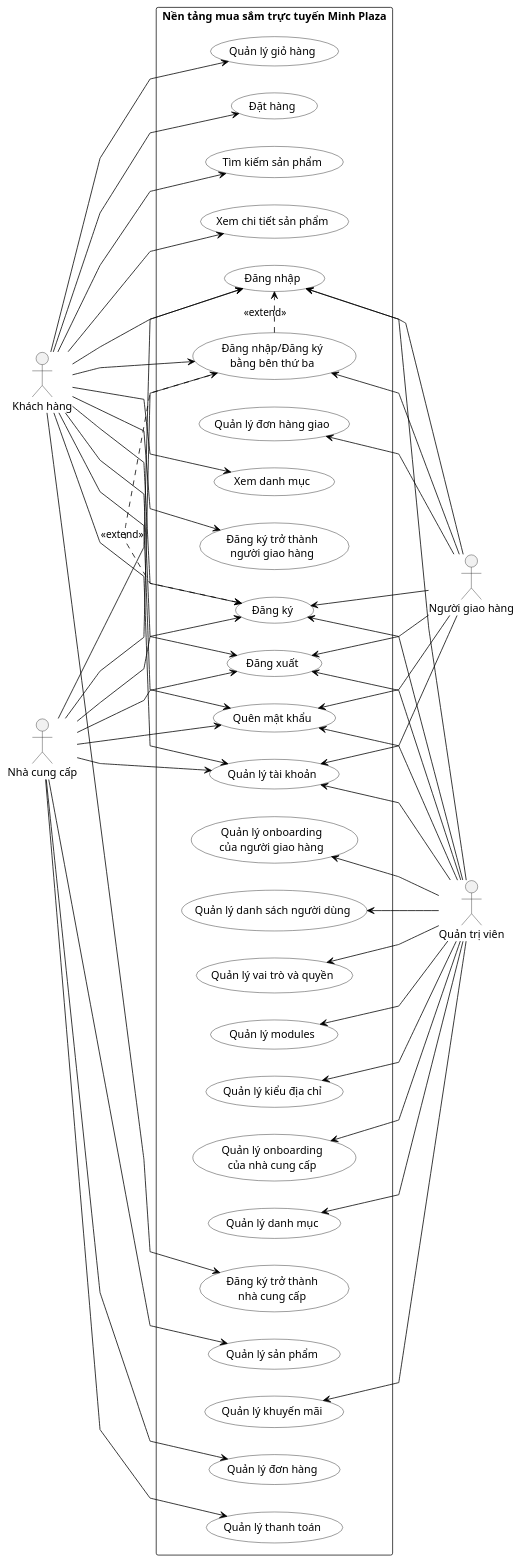
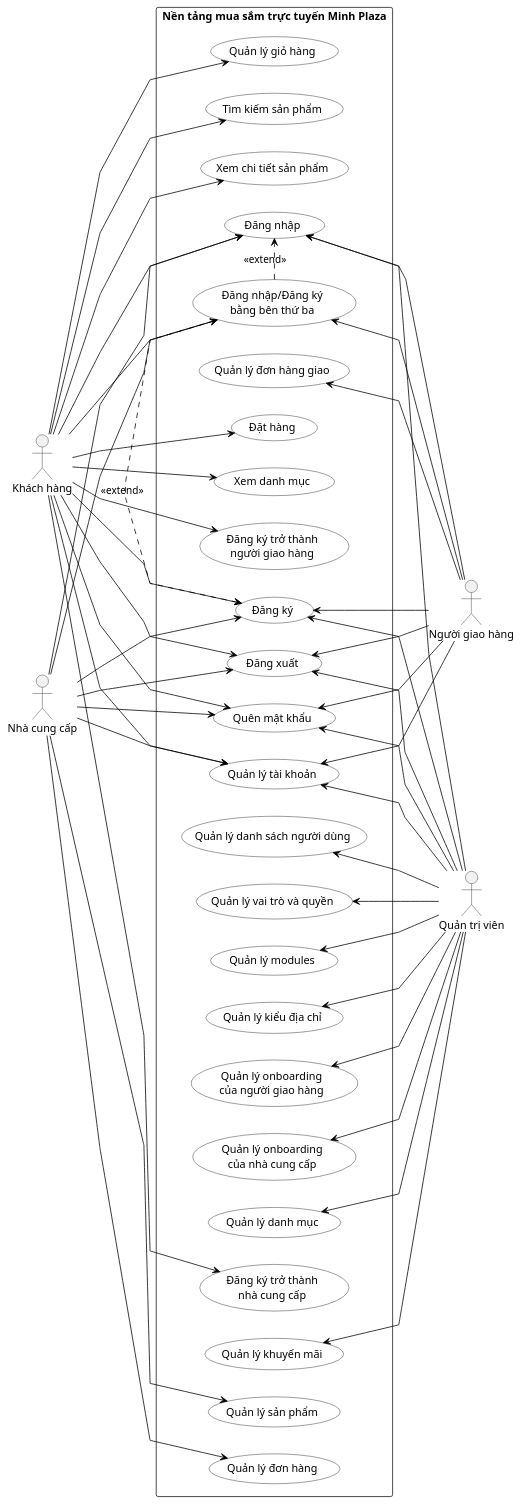
One commit to TienMinh25/ecommerce-platform changed the diagram in docs/use-case-tong-quan.puml. Above: the diagram before and after it, drawn with PlantUML. The commit also changed 28 other files, not shown here.

```diff
--- a/docs/use-case-tong-quan.puml
+++ b/docs/use-case-tong-quan.puml
@@ -1,117 +1,116 @@
 @startuml
 ' Use horizontal layout with actors on both sides
 left to right direction
 ' Improve visual appearance
 skinparam usecase {
   BackgroundColor white
   BorderColor black
   ArrowColor black
 }
 skinparam packageStyle rectangle
 skinparam linetype polyline
 ' Left actors
 actor "Khách hàng" as kh
 actor "Nhà cung cấp" as ncc
 ' Right actors
 actor "Quản trị viên" as qtv
 actor "Người giao hàng" as ngh
 ' Group common use cases in the middle (short names on same rows)
 rectangle "Nền tảng mua sắm trực tuyến Minh Plaza" {
   ' Authentication use cases - rearranged for better layout
   usecase "Đăng ký" as UC2
   usecase "Đăng nhập/Đăng ký\nbằng bên thứ ba" as UC30
   usecase "Đăng nhập" as UC1
 
   usecase "Đăng xuất" as UC3
   usecase "Quên mật khẩu" as UC4
 
   ' User management use cases (admin)
   usecase "Quản lý danh sách người dùng" as UC5
   usecase "Quản lý vai trò và quyền" as UC6
   usecase "Quản lý modules" as UC7
   usecase "Quản lý kiểu địa chỉ" as UC8
   usecase "Quản lý onboarding\ncủa người giao hàng" as UC9
   usecase "Quản lý onboarding\ncủa nhà cung cấp" as UC31
 
   ' Account and profile use cases
   usecase "Quản lý tài khoản" as UC10
 
   ' Catalog management use cases
   usecase "Quản lý danh mục" as UC11
   usecase "Quản lý khuyến mãi" as UC12
   usecase "Quản lý sản phẩm" as UC19
 
   ' Customer-facing use cases
   usecase "Quản lý giỏ hàng" as UC13
   usecase "Tìm kiếm sản phẩm" as UC14
   usecase "Xem chi tiết sản phẩm" as UC15
   usecase "Đặt hàng" as UC16
   usecase "Xem danh mục" as UC18
 
   ' Supplier-facing use cases
   usecase "Quản lý đơn hàng" as UC21
-  usecase "Quản lý thanh toán" as UC22
+
 
   ' Delivery person use cases
   usecase "Quản lý đơn hàng giao" as UC24
 
   ' New customer onboarding use cases
   usecase "Đăng ký trở thành\nngười giao hàng" as UC28
   usecase "Đăng ký trở thành\nnhà cung cấp" as UC29
 }
 
 ' Extend relationships
 UC2 <. UC30 : <<extend>>
 UC30 .> UC1 : <<extend>>
 
 ' Connect actors to their use cases
 ' Khách hàng connections
 kh --> UC1
 kh --> UC2
 kh --> UC3
 kh --> UC4
 kh --> UC10
 kh --> UC13
 kh --> UC14
 kh --> UC15
 kh --> UC16
 kh --> UC18
 kh --> UC28
 kh --> UC29
 kh --> UC30
 
 ' Nhà cung cấp connections
 ncc --> UC1
 ncc --> UC2
 ncc --> UC3
 ncc --> UC4
 ncc --> UC10
 ncc --> UC19
 ncc --> UC21
-ncc --> UC22
 ncc --> UC30
 
 ' Admin connections
 UC5 <-- qtv
 UC6 <-- qtv
 UC7 <-- qtv
 UC8 <-- qtv
 UC9 <-- qtv
 UC31 <-- qtv
 UC10 <-- qtv
 UC11 <-- qtv
 UC12 <-- qtv
 UC1 <-- qtv
 UC2 <-- qtv
 UC3 <-- qtv
 UC4 <-- qtv
 
 ' Delivery person connections
 UC1 <-- ngh
 UC2 <-- ngh
 UC3 <-- ngh
 UC4 <-- ngh
 UC10 <-- ngh
 UC24 <-- ngh
 UC30 <-- ngh
 @enduml
```
